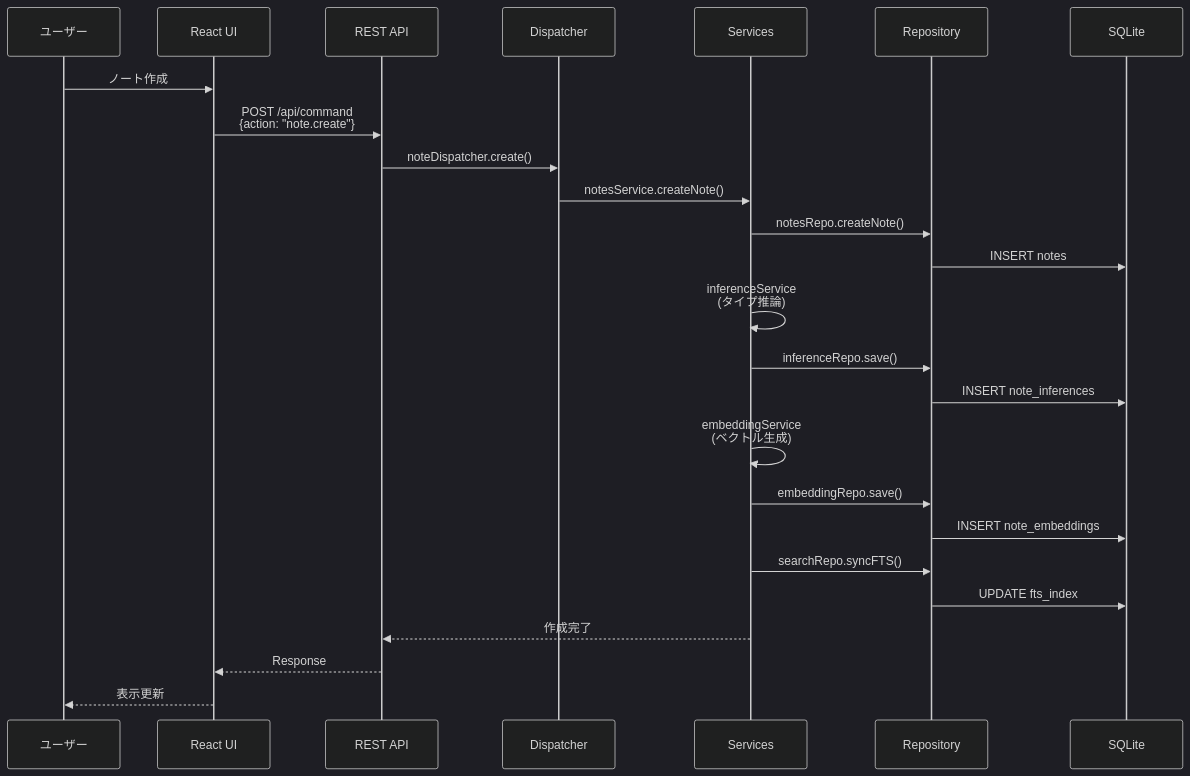
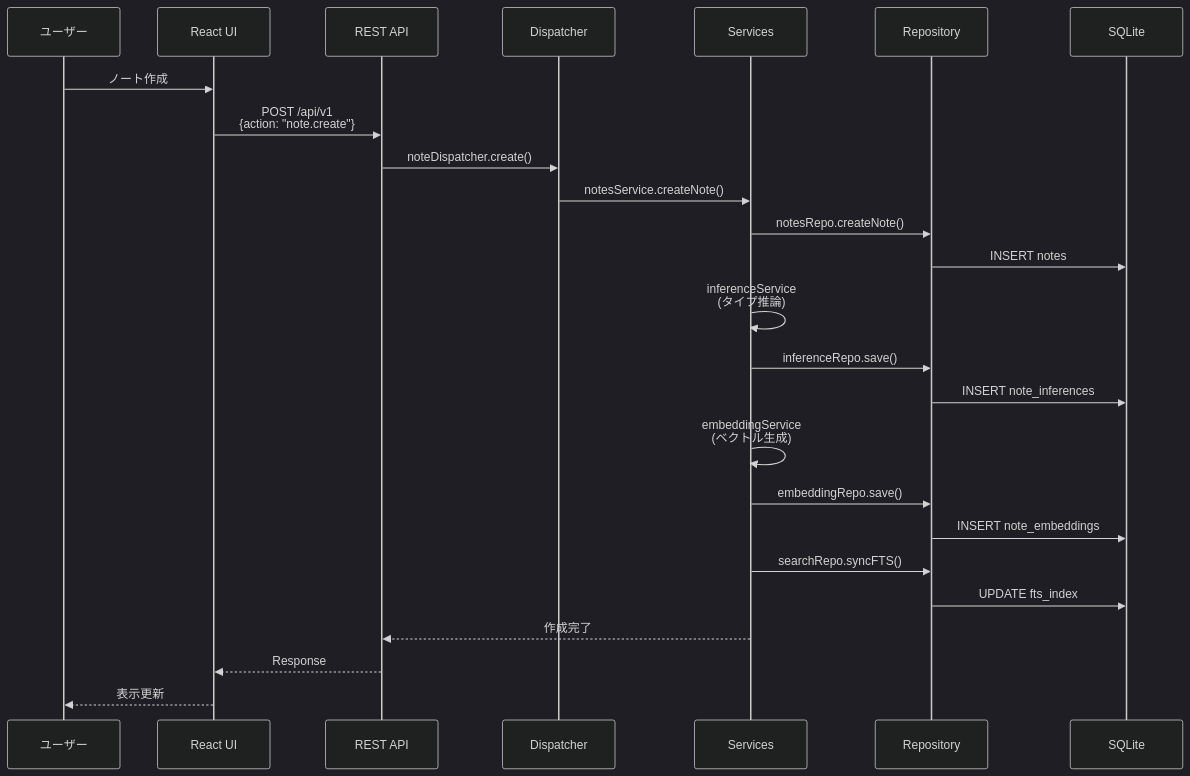
Before and after one commit to tamai-hideyuki/brain-cabinet: the second of 7 diagrams in docs/network-diagram.md, drawn with Mermaid (dark theme). The commit also changed other lines of this file and 9 other files, not shown here.

````diff
--- a/docs/network-diagram.md
+++ b/docs/network-diagram.md
@@ -129,33 +129,33 @@
 ```mermaid
 sequenceDiagram
     participant User as ユーザー
     participant UI as React UI
     participant API as REST API
     participant Disp as Dispatcher
     participant Service as Services
     participant Repo as Repository
     participant DB as SQLite
 
     User->>UI: ノート作成
-    UI->>API: POST /api/command<br/>{action: "note.create"}
+    UI->>API: POST /api/v1<br/>{action: "note.create"}
     API->>Disp: noteDispatcher.create()
     Disp->>Service: notesService.createNote()
 
     Service->>Repo: notesRepo.createNote()
     Repo->>DB: INSERT notes
 
     Service->>Service: inferenceService<br/>(タイプ推論)
     Service->>Repo: inferenceRepo.save()
     Repo->>DB: INSERT note_inferences
 
     Service->>Service: embeddingService<br/>(ベクトル生成)
     Service->>Repo: embeddingRepo.save()
     Repo->>DB: INSERT note_embeddings
 
     Service->>Repo: searchRepo.syncFTS()
     Repo->>DB: UPDATE fts_index
 
     Service-->>API: 作成完了
     API-->>UI: Response
     UI-->>User: 表示更新
 ```
````
